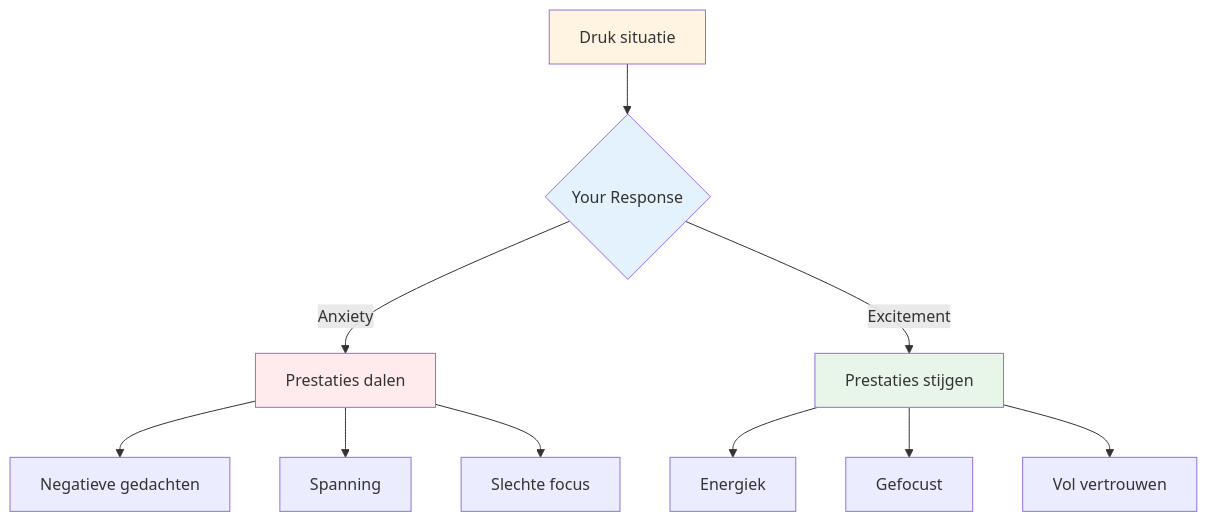
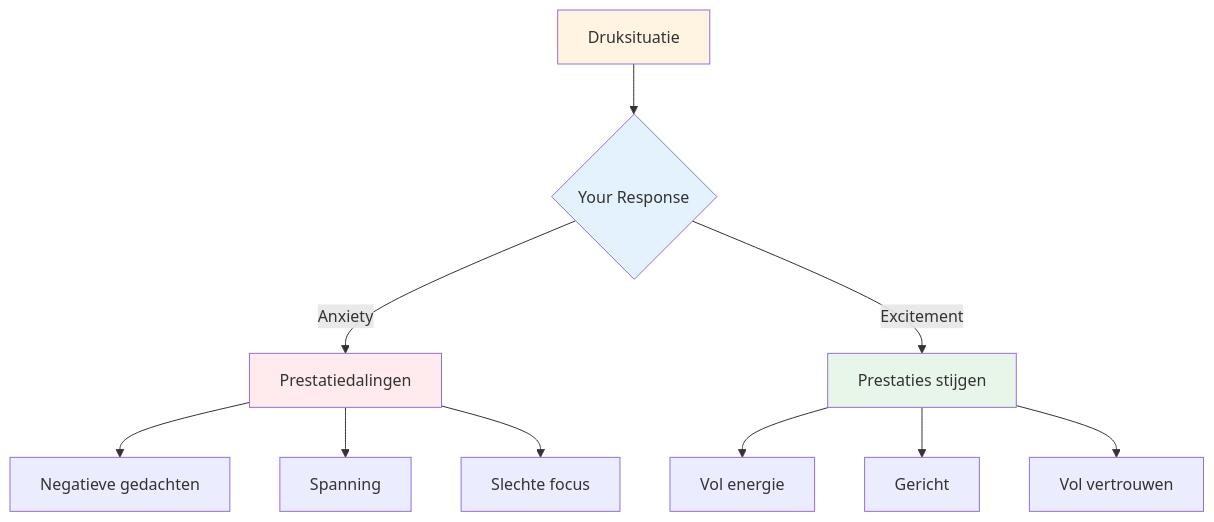
Before and after one commit to patwii/petanque-academy: the diagram in docs/nl/education/mental-strength/handling-pressure.md, drawn with Mermaid. The commit also changed other lines of this file and 532 other files, not shown here.

````diff
--- a/docs/nl/education/mental-strength/handling-pressure.md
+++ b/docs/nl/education/mental-strength/handling-pressure.md
@@ -11,19 +11,19 @@
 ```mermaid
 graph TD
-    A[Druk situatie] --> B{Your Response}
-    B -->|Anxiety| C[Prestaties dalen]
+    A[Druksituatie] --> B{Your Response}
+    B -->|Anxiety| C[Prestatiedalingen]
     B -->|Excitement| D[Prestaties stijgen]
 
     C --> E[Negatieve gedachten]
     C --> F[Spanning]
     C --> G[Slechte focus]
 
-    D --> H[Energiek]
-    D --> I[Gefocust]
+    D --> H[Vol energie]
+    D --> I[Gericht]
     D --> J[Vol vertrouwen]
 
     style A fill:#fff4e1
     style B fill:#e3f2fd
     style C fill:#ffebee
     style D fill:#e8f5e9
 ```
````
